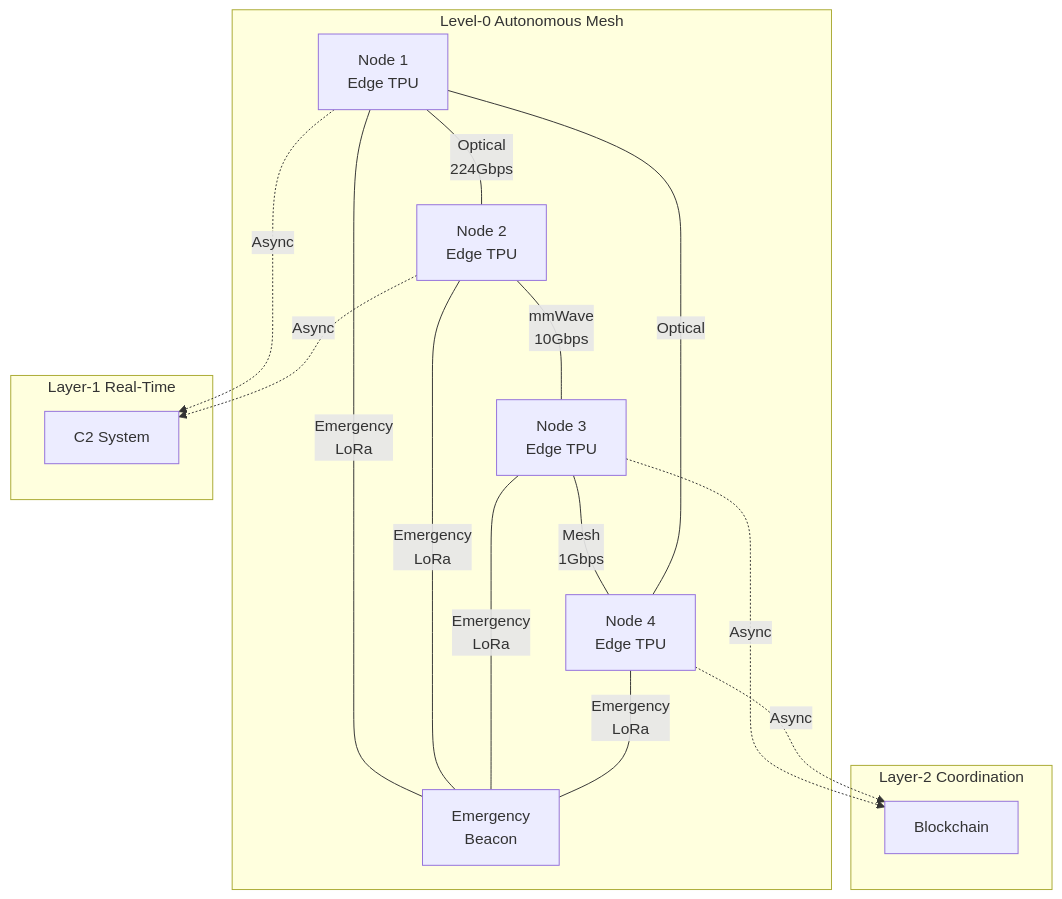
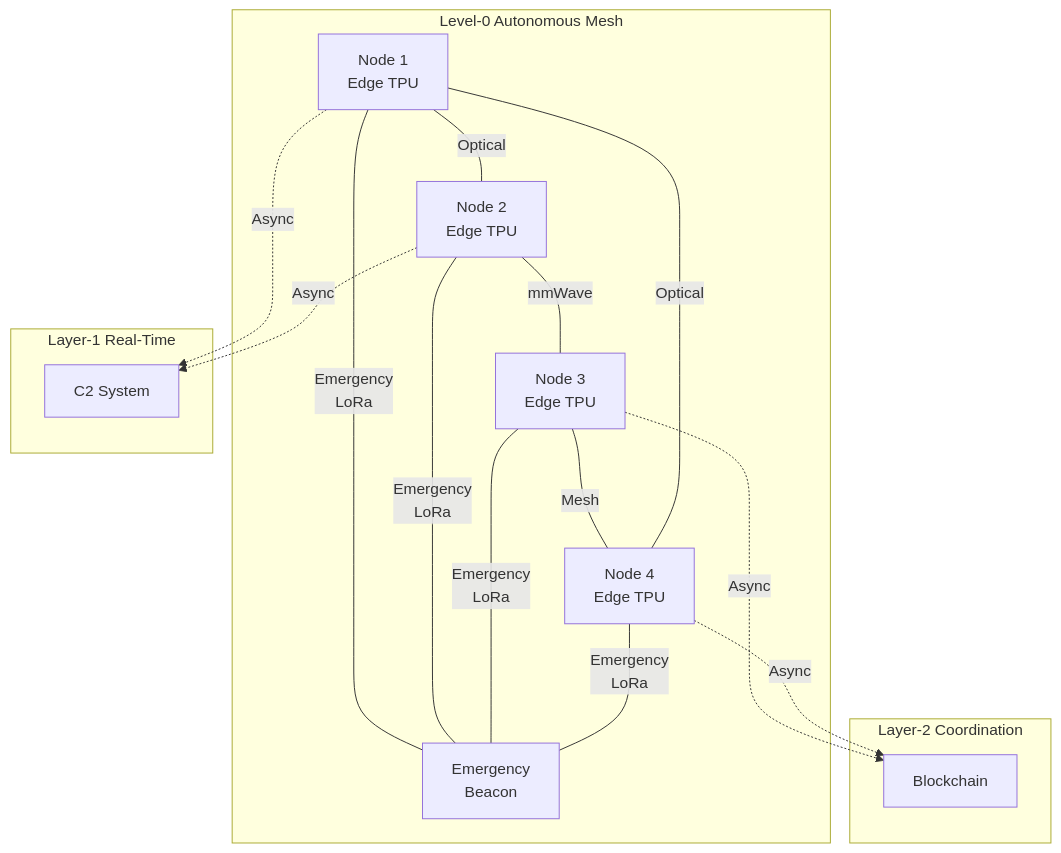
The second of 2 diagrams in apps/docs/docs/blockchain/02-technical-architecture/blockchain-protocols/level-0-architecture.md (JustAGhosT/PhoenixRooivalk), drawn with Mermaid before and after one commit. The commit also changed other lines of this file and 33 other files, not shown here.

````diff
--- a/apps/docs/docs/blockchain/02-technical-architecture/blockchain-protocols/level-0-architecture.md
+++ b/apps/docs/docs/blockchain/02-technical-architecture/blockchain-protocols/level-0-architecture.md
@@ -1022,27 +1022,27 @@
 ```mermaid
 graph TB
     subgraph "Level-0 Autonomous Mesh"
-        N1[Node 1<br/>Edge TPU] ---|Optical<br/>224Gbps| N2[Node 2<br/>Edge TPU]
-        N2 ---|mmWave<br/>10Gbps| N3[Node 3<br/>Edge TPU]
-        N3 ---|Mesh<br/>1Gbps| N4[Node 4<br/>Edge TPU]
+        N1[Node 1<br/>Edge TPU] ---|Optical<br/&gt;224Gbps| N2[Node 2<br/>Edge TPU]
+        N2 ---|mmWave<br/&gt;10Gbps| N3[Node 3<br/>Edge TPU]
+        N3 ---|Mesh<br/&gt;1Gbps| N4[Node 4<br/>Edge TPU]
         N4 ---|Optical| N1
 
         N1 ---|Emergency<br/>LoRa| EM[Emergency<br/>Beacon]
         N2 ---|Emergency<br/>LoRa| EM
         N3 ---|Emergency<br/>LoRa| EM
         N4 ---|Emergency<br/>LoRa| EM
     end
 
     subgraph "Layer-1 Real-Time"
         RT[C2 System]
     end
 
     subgraph "Layer-2 Coordination"
         BC[Blockchain]
     end
 
     N1 -.->|Async| RT
     N2 -.->|Async| RT
     N3 -.->|Async| BC
     N4 -.->|Async| BC
 ```
````
